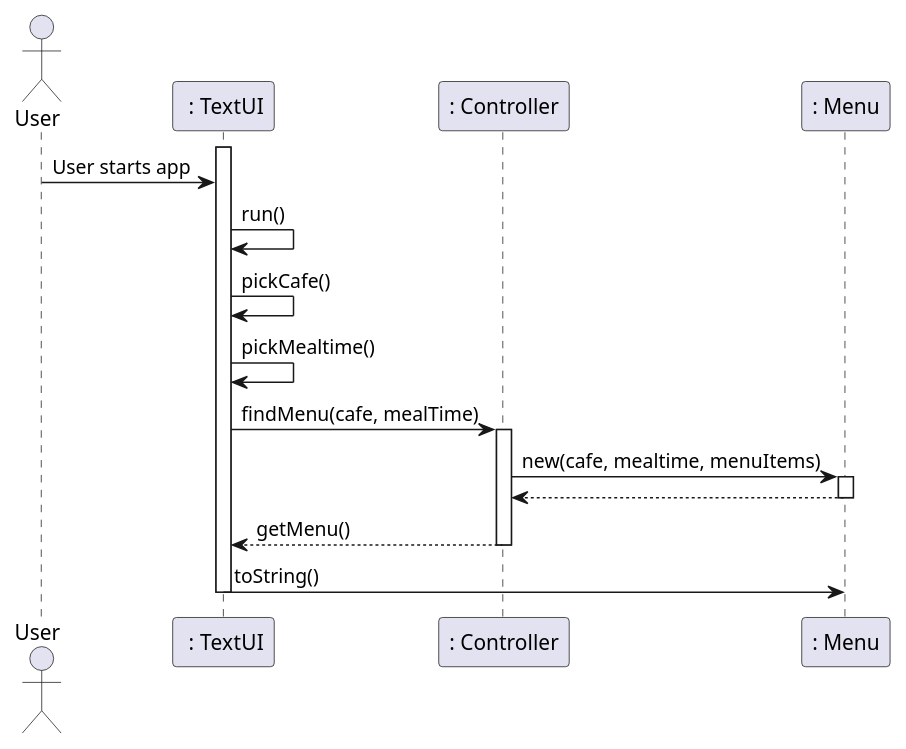
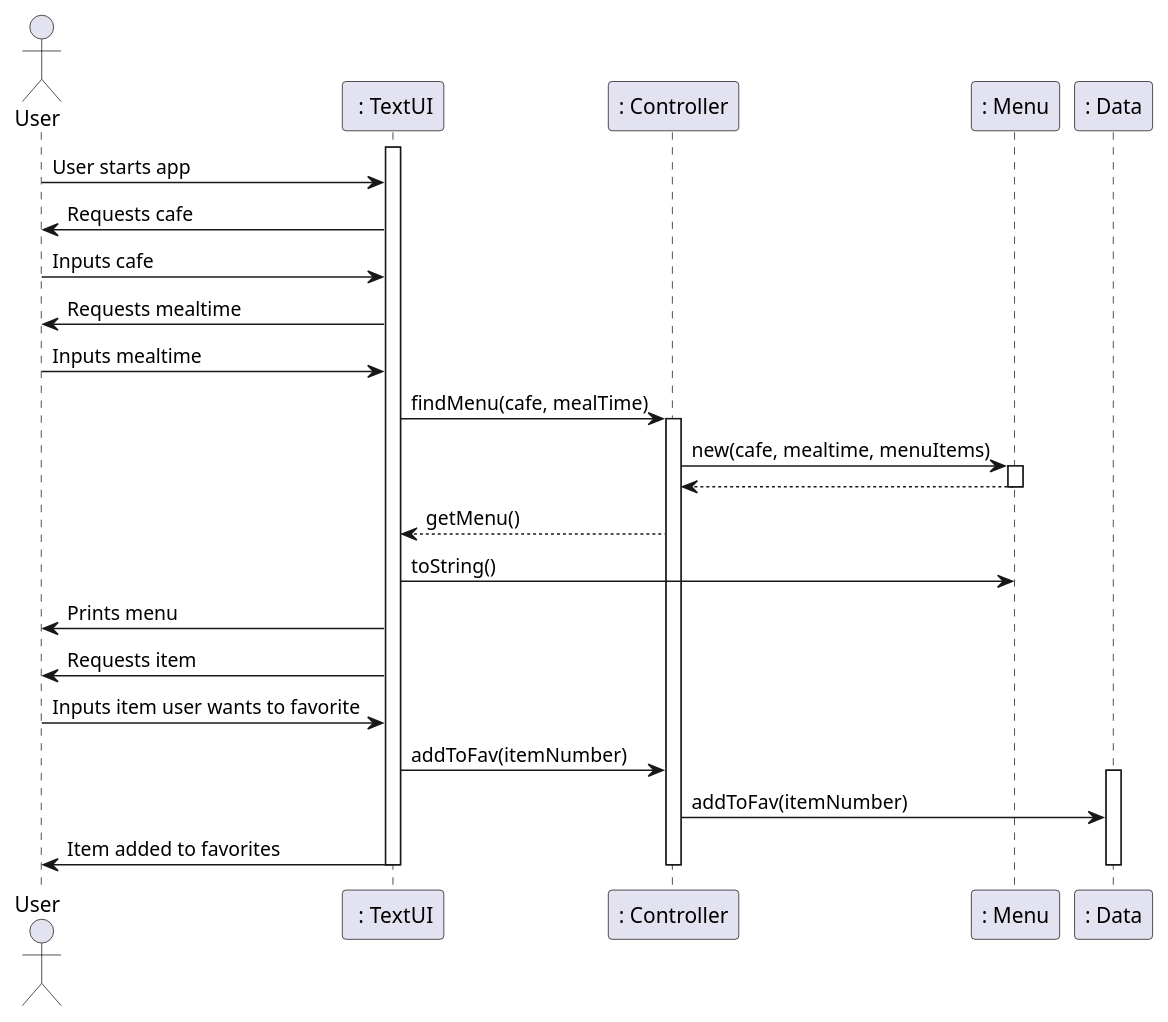
The diagram in doc/sequence-diagram.md (rkilpadi/vassar-dining-app), drawn with PlantUML before and after one commit. The commit also changed 8 other files, not shown here.

````diff
--- a/doc/sequence-diagram.md
+++ b/doc/sequence-diagram.md
@@ -1,28 +1,44 @@
 ```plantuml
 actor User as user
 participant " : TextUI" as textUI
 participant ": Controller" as controller
 participant ": Menu" as menu
+participant ": Data" as data
 
 activate textUI
 user -> textUI : User starts app
 
-
-textUI -> textUI : run()
-textUI -> textUI : pickCafe()
-textUI -> textUI : pickMealtime()
+textUI -> user : Requests cafe
+user -> textUI : Inputs cafe
+textUI -> user : Requests mealtime
+user -> textUI : Inputs mealtime
 
 textUI -> controller : findMenu(cafe, mealTime)
 
 activate controller
 controller -> menu : new(cafe, mealtime, menuItems)
 
 activate menu
 menu --> controller
 deactivate menu
 controller --> textUI : getMenu()
-deactivate controller 
 
 textUI -> menu : toString()
+
+textUI -> user : Prints menu
+
+textUI -> user : Requests item 
+user -> textUI : Inputs item user wants to favorite
+
+textUI -> controller : addToFav(itemNumber)
+
+activate data
+controller -> data : addToFav(itemNumber)
+
+textUI -> user : Item added to favorites
+
+deactivate data
+deactivate controller
 deactivate textUI
+
 ```
````
